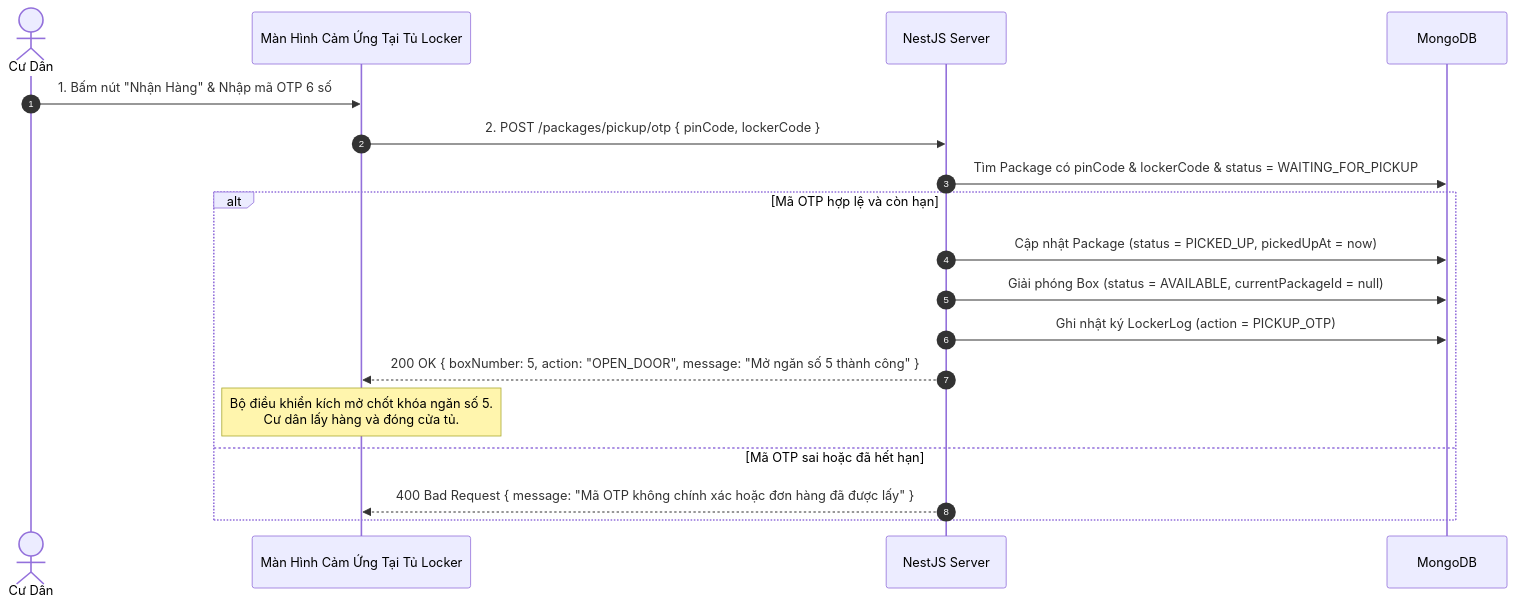
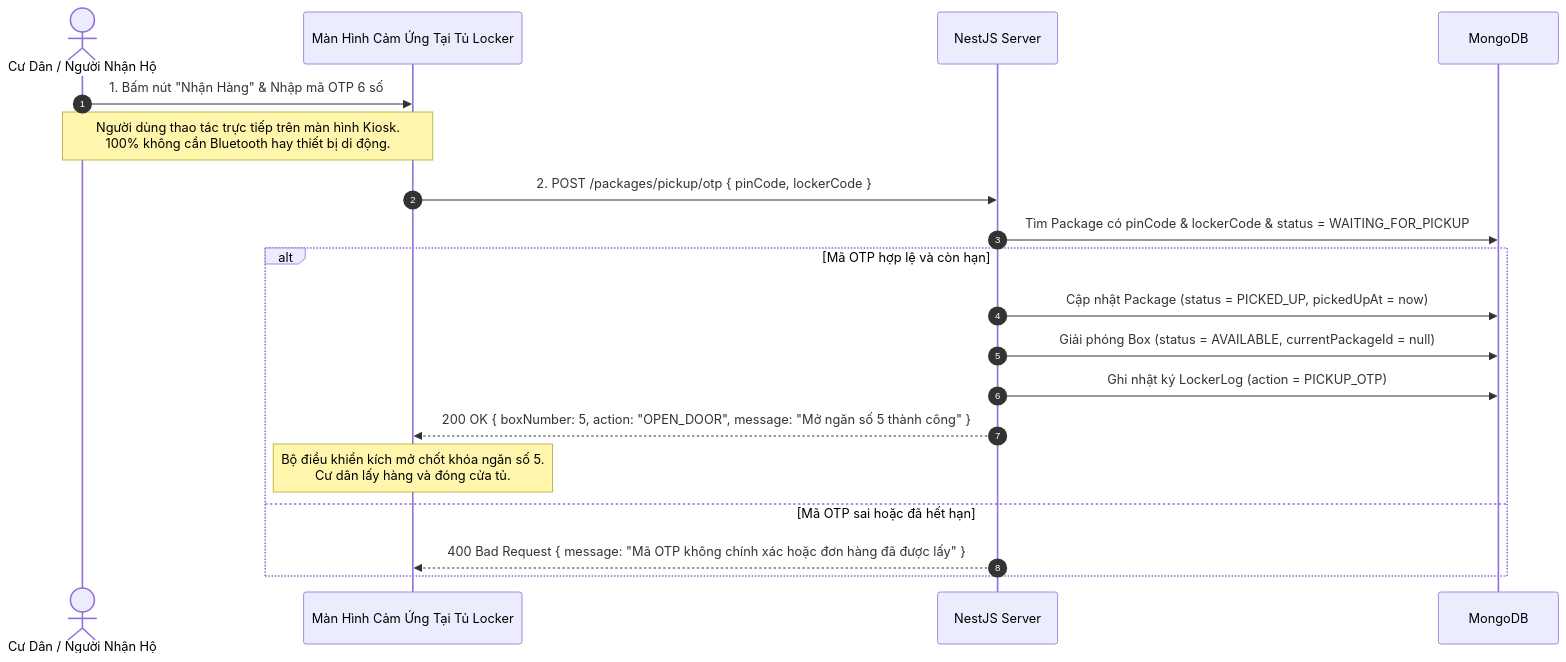
One commit to xuanphat0505/smart-locker-server changed the third of 7 diagrams in src/docs/delivery_retrieval_system.md. Above: the diagram before and after it, drawn with Mermaid. The commit also changed other lines of this file and 17 other files, not shown here.

````diff
--- a/src/docs/delivery_retrieval_system.md
+++ b/src/docs/delivery_retrieval_system.md
@@ -254,22 +283,23 @@
 ```mermaid
 sequenceDiagram
     autonumber
-    actor Resident as Cư Dân
+    actor Resident as Cư Dân / Người Nhận Hộ
     participant LockerKiosk as Màn Hình Cảm Ứng Tại Tủ Locker
     participant Backend as NestJS Server
     participant DB as MongoDB
 
     Resident->>LockerKiosk: 1. Bấm nút "Nhận Hàng" & Nhập mã OTP 6 số
+    Note over Resident, LockerKiosk: Người dùng thao tác trực tiếp trên màn hình Kiosk.<br/>100% không cần Bluetooth hay thiết bị di động.
     LockerKiosk->>Backend: 2. POST /packages/pickup/otp { pinCode, lockerCode }
     Backend->>DB: Tìm Package có pinCode & lockerCode & status = WAITING_FOR_PICKUP
 
     alt Mã OTP hợp lệ và còn hạn
         Backend->>DB: Cập nhật Package (status = PICKED_UP, pickedUpAt = now)
         Backend->>DB: Giải phóng Box (status = AVAILABLE, currentPackageId = null)
         Backend->>DB: Ghi nhật ký LockerLog (action = PICKUP_OTP)
         Backend-->>LockerKiosk: 200 OK { boxNumber: 5, action: "OPEN_DOOR", message: "Mở ngăn số 5 thành công" }
         Note over LockerKiosk: Bộ điều khiển kích mở chốt khóa ngăn số 5.<br/>Cư dân lấy hàng và đóng cửa tủ.
     else Mã OTP sai hoặc đã hết hạn
         Backend-->>LockerKiosk: 400 Bad Request { message: "Mã OTP không chính xác hoặc đơn hàng đã được lấy" }
     end
 ```
````
